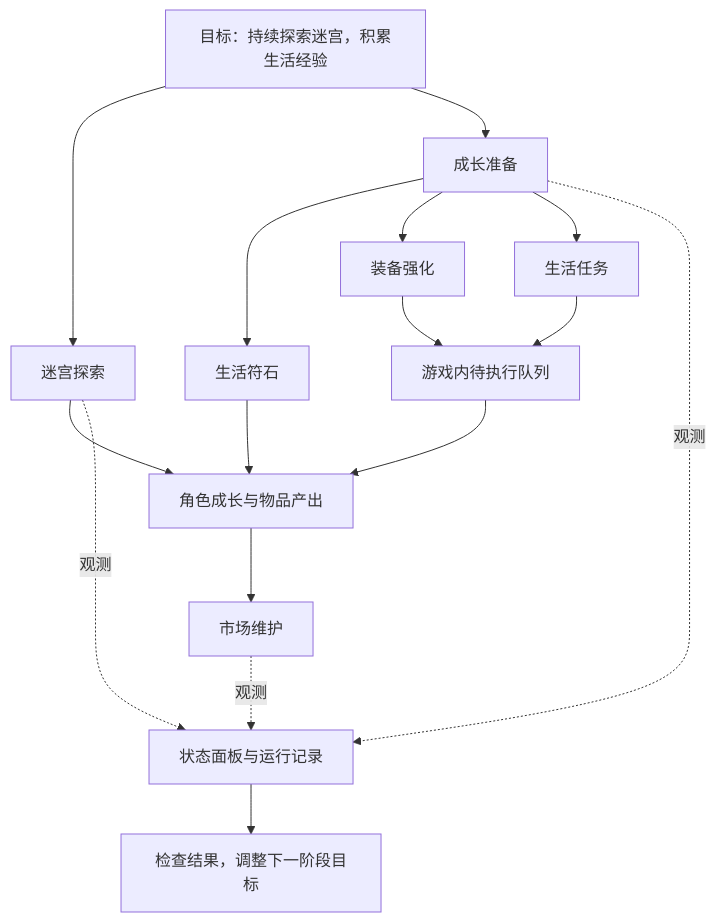
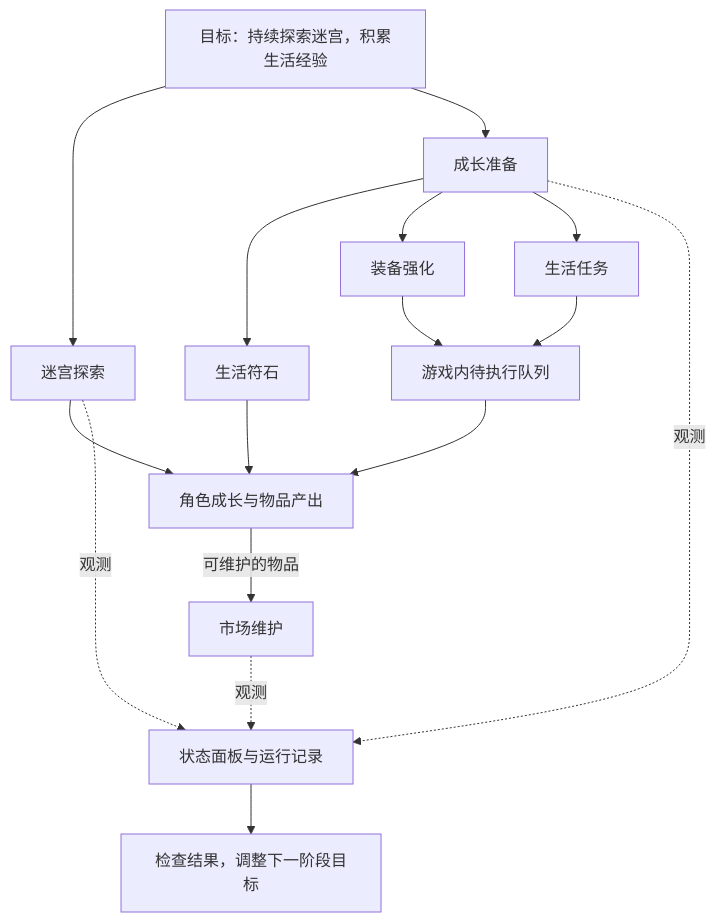
Before and after one commit to ZhonghuaM/Milky-Way: the diagram in docs/system-overview.md, drawn with Mermaid. The commit also changed 1 other file, not shown here.

Commit message:
Clarify which outputs enter market maintenance

````diff
--- a/docs/system-overview.md
+++ b/docs/system-overview.md
@@ -5,18 +5,18 @@
 ```mermaid
 flowchart TB
     Goal["目标：持续探索迷宫，积累生活经验"] --> Exploration["迷宫探索"]
     Goal --> Preparation["成长准备"]
     Preparation --> Stones["生活符石"]
     Preparation --> Equipment["装备强化"]
     Preparation --> Tasks["生活任务"]
     Equipment --> Queue["游戏内待执行队列"]
     Tasks --> Queue
     Queue --> Progress["角色成长与物品产出"]
     Exploration --> Progress
     Stones --> Progress
-    Progress --> Market["市场维护"]
+    Progress -->|"可维护的物品"| Market["市场维护"]
     Exploration -. "观测" .-> Status["状态面板与运行记录"]
     Preparation -. "观测" .-> Status
     Market -. "观测" .-> Status
     Status --> Review["检查结果，调整下一阶段目标"]
 ```
````
